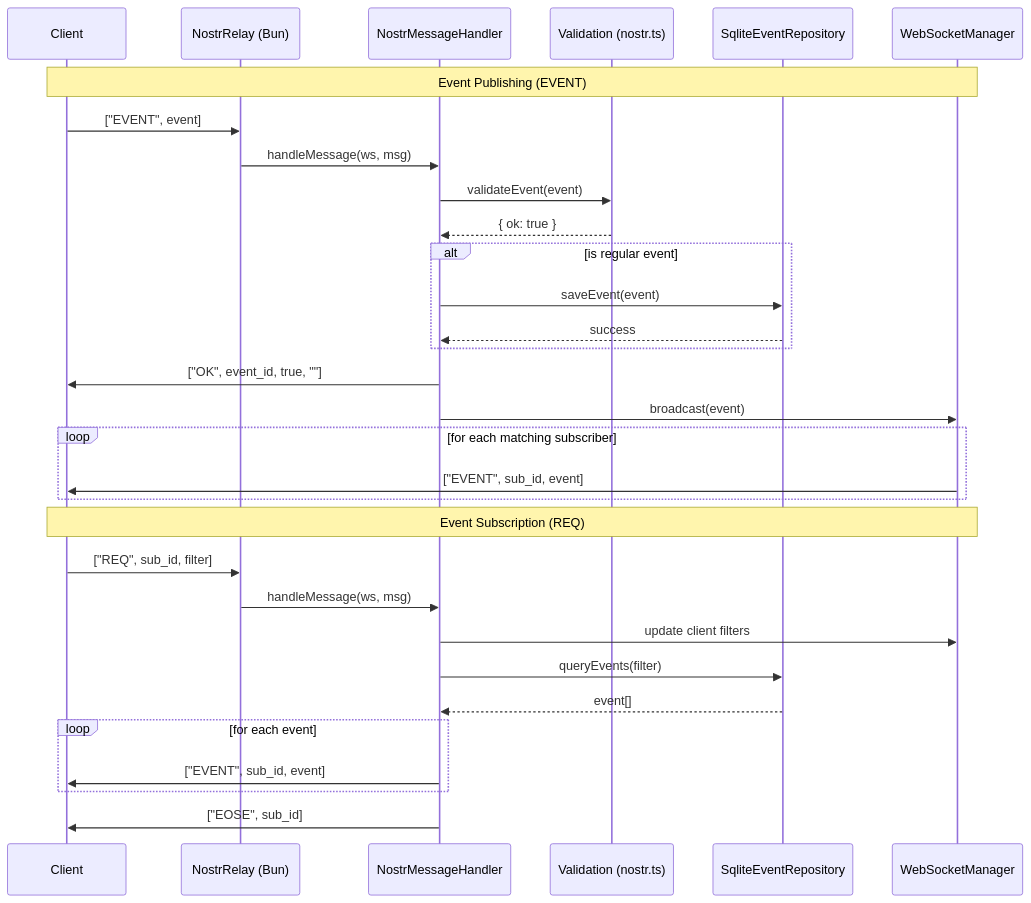
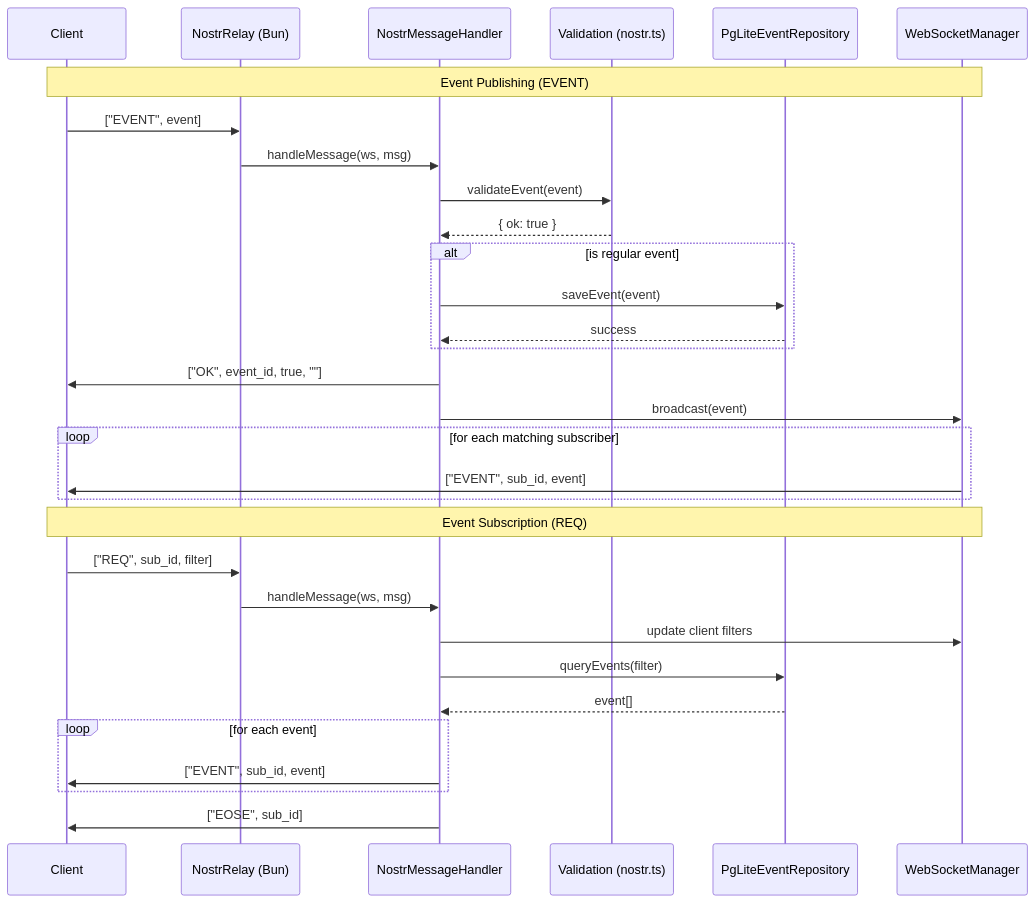
The diagram in README.md (tani/n0str), drawn with Mermaid before and after one commit. The commit also changed other lines of this file and 39 other files, not shown here.

````diff
--- a/README.md
+++ b/README.md
@@ -143,35 +143,35 @@
 ```mermaid
 sequenceDiagram
     participant C as Client
     participant R as NostrRelay (Bun)
     participant H as NostrMessageHandler
     participant V as Validation (nostr.ts)
-    participant DB as SqliteEventRepository
+    participant DB as PgLiteEventRepository
     participant W as WebSocketManager
 
     Note over C,W: Event Publishing (EVENT)
     C->>R: ["EVENT", event]
     R->>H: handleMessage(ws, msg)
     H->>V: validateEvent(event)
     V-->>H: { ok: true }
     alt is regular event
         H->>DB: saveEvent(event)
         DB-->>H: success
     end
     H->>C: ["OK", event_id, true, ""]
     H->>W: broadcast(event)
     loop for each matching subscriber
         W->>C: ["EVENT", sub_id, event]
     end
 
     Note over C,W: Event Subscription (REQ)
     C->>R: ["REQ", sub_id, filter]
     R->>H: handleMessage(ws, msg)
     H->>W: update client filters
     H->>DB: queryEvents(filter)
     DB-->>H: event[]
     loop for each event
         H->>C: ["EVENT", sub_id, event]
     end
     H->>C: ["EOSE", sub_id]
 ```
````
